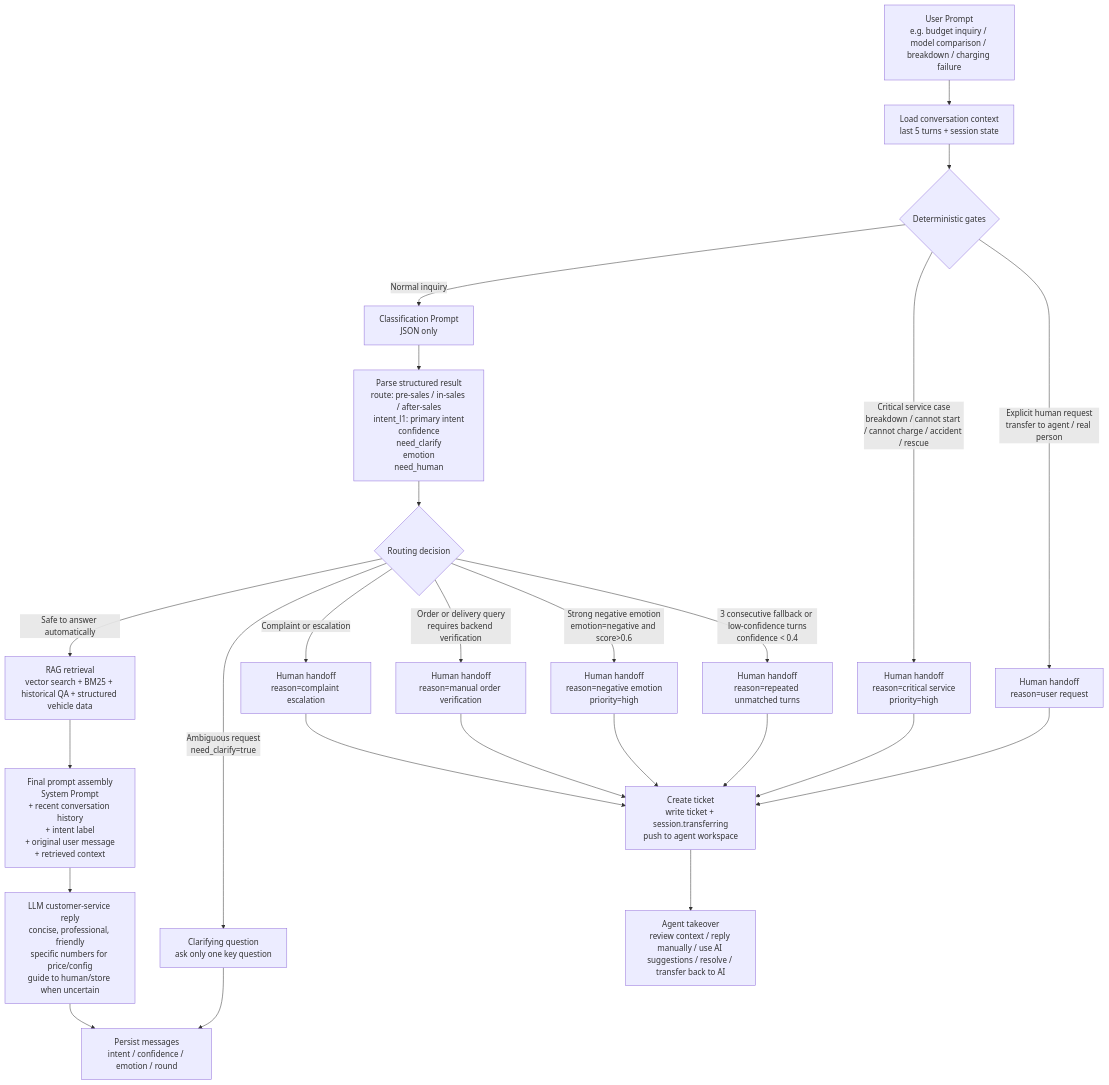
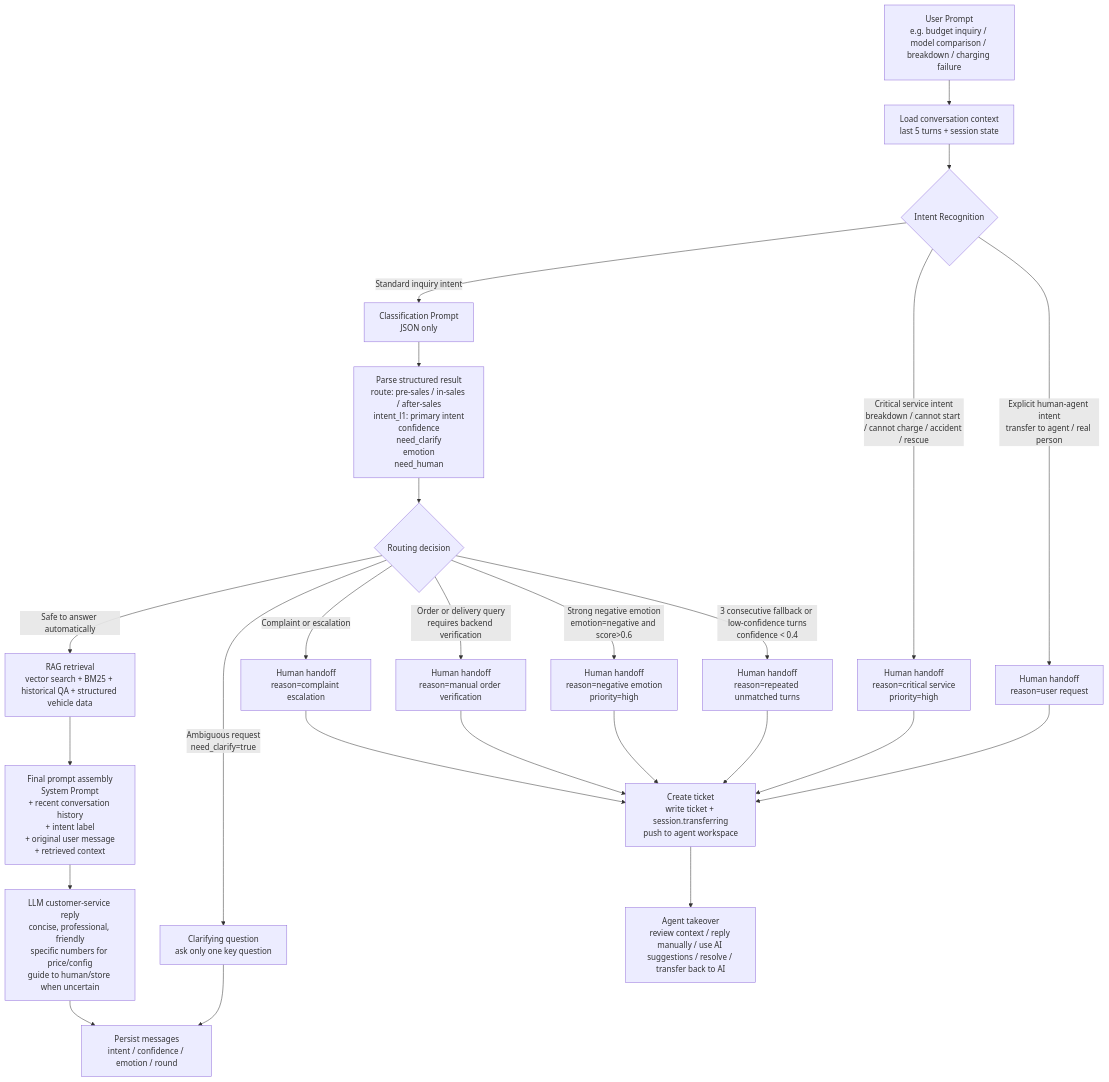
One commit to PompeiiChan/DEMO_CarIntelligentCustomerService changed the second of 2 diagrams in README.en.md. Above: the diagram before and after it, drawn with Mermaid. The commit also changed other lines of this file and 1 other file, not shown here.

Commit message:
docs: rename prompt gate to intent recognition

````diff
--- a/README.en.md
+++ b/README.en.md
@@ -78,32 +78,32 @@
 ```mermaid
 flowchart TD
   A["User Prompt<br/>e.g. budget inquiry / model comparison / breakdown / charging failure"] --> B["Load conversation context<br/>last 5 turns + session state"]
 
-  B --> C{"Deterministic gates"}
-  C -->|"Explicit human request<br/>transfer to agent / real person"| H1["Human handoff<br/>reason=user request"]
-  C -->|"Critical service case<br/>breakdown / cannot start / cannot charge / accident / rescue"| H2["Human handoff<br/>reason=critical service<br/>priority=high"]
-  C -->|"Normal inquiry"| D["Classification Prompt<br/>JSON only"]
+  B --> C{"Intent Recognition"}
+  C -->|"Explicit human-agent intent<br/>transfer to agent / real person"| H1["Human handoff<br/>reason=user request"]
+  C -->|"Critical service intent<br/>breakdown / cannot start / cannot charge / accident / rescue"| H2["Human handoff<br/>reason=critical service<br/>priority=high"]
+  C -->|"Standard inquiry intent"| D["Classification Prompt<br/>JSON only"]
 
   D --> E["Parse structured result<br/>route: pre-sales / in-sales / after-sales<br/>intent_l1: primary intent<br/>confidence<br/>need_clarify<br/>emotion<br/>need_human"]
 
   E --> F{"Routing decision"}
   F -->|"Ambiguous request<br/>need_clarify=true"| Q["Clarifying question<br/>ask only one key question"]
   F -->|"3 consecutive fallback or low-confidence turns<br/>confidence < 0.4"| H3["Human handoff<br/>reason=repeated unmatched turns"]
   F -->|"Strong negative emotion<br/>emotion=negative and score>0.6"| H4["Human handoff<br/>reason=negative emotion<br/>priority=high"]
   F -->|"Order or delivery query<br/>requires backend verification"| H5["Human handoff<br/>reason=manual order verification"]
   F -->|"Complaint or escalation"| H6["Human handoff<br/>reason=complaint escalation"]
   F -->|"Safe to answer automatically"| R["RAG retrieval<br/>vector search + BM25 + historical QA + structured vehicle data"]
 
   R --> P["Final prompt assembly<br/>System Prompt<br/>+ recent conversation history<br/>+ intent label<br/>+ original user message<br/>+ retrieved context"]
   P --> G["LLM customer-service reply<br/>concise, professional, friendly<br/>specific numbers for price/config<br/>guide to human/store when uncertain"]
 
   Q --> S["Persist messages<br/>intent / confidence / emotion / round"]
   G --> S
   H1 --> T["Create ticket<br/>write ticket + session.transferring<br/>push to agent workspace"]
   H2 --> T
   H3 --> T
   H4 --> T
   H5 --> T
   H6 --> T
   T --> U["Agent takeover<br/>review context / reply manually / use AI suggestions / resolve / transfer back to AI"]
 ```
````
